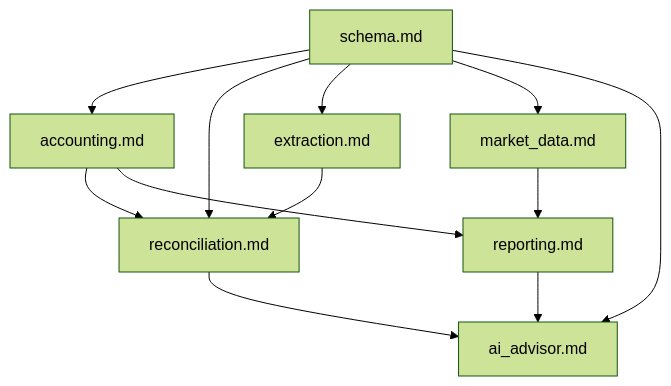
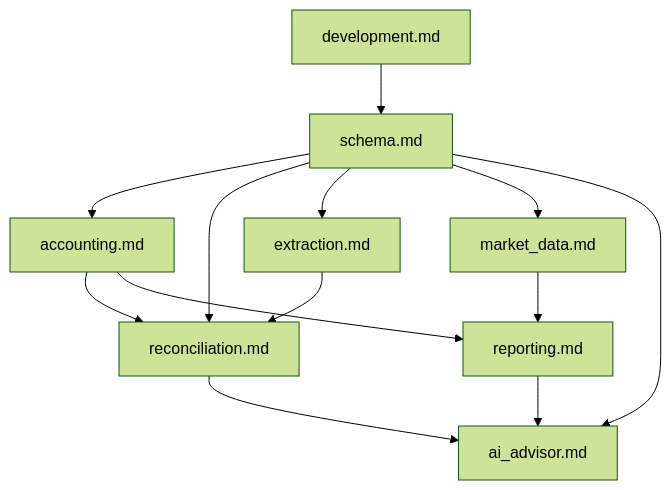
The diagram in docs/ssot/README.md (wangzitian0/finance_report), drawn with Mermaid (forest theme) before and after one commit. The commit also changed other lines of this file and 2 other files, not shown here.

Commit message:
docs: add development.md SSOT for moon commands and DB lifecycle
- Create docs/ssot/development.md documenting:
  - Moon command reference (primary interface)
  - Database lifecycle with reference counting design
  - scripts/test_backend.sh architecture explanation
  - Environment configurations (dev/test/CI)

- Update AGENTS.md:
  - Add routing rule for environment/moon commands
  - Include development.md in MECE structure

- Update docs/ssot/README.md:
  - Add development.md to index table (first entry)
  - Update dependency graph

This prevents AI from overlooking existing infrastructure
when proposing new solutions.

````diff
--- a/docs/ssot/README.md
+++ b/docs/ssot/README.md
@@ -22,15 +23,16 @@
 ```mermaid
 flowchart TD
-    schema[schema.md] --> accounting[accounting.md]
+    development[development.md] --> schema[schema.md]
+    schema --> accounting[accounting.md]
     schema --> reconciliation[reconciliation.md]
     schema --> extraction[extraction.md]
     schema --> market_data[market_data.md]
     schema --> ai_advisor[ai_advisor.md]
     
     extraction --> reconciliation
     accounting --> reconciliation
     accounting --> reporting[reporting.md]
     market_data --> reporting
     reporting --> ai_advisor
     reconciliation --> ai_advisor
 ```
````
